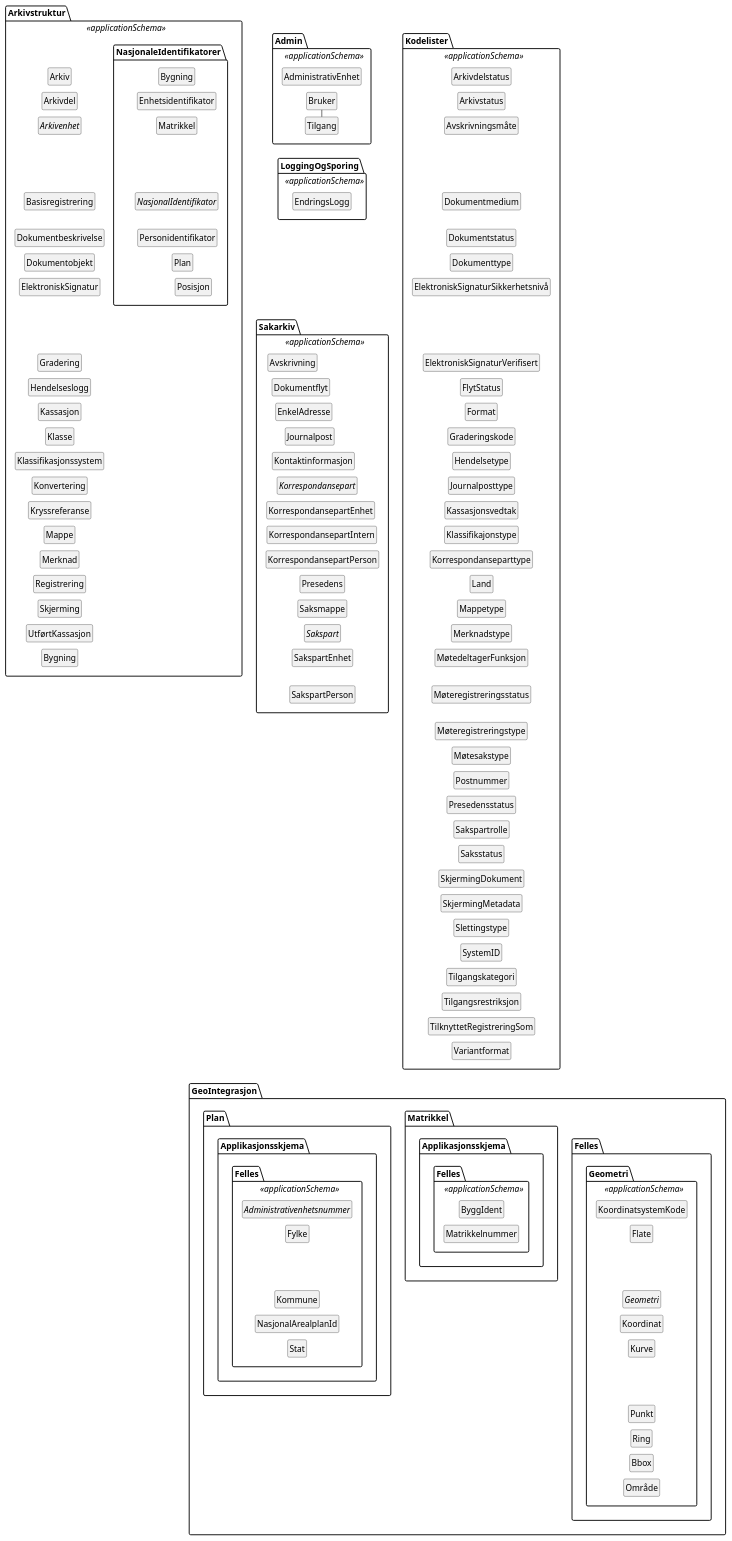
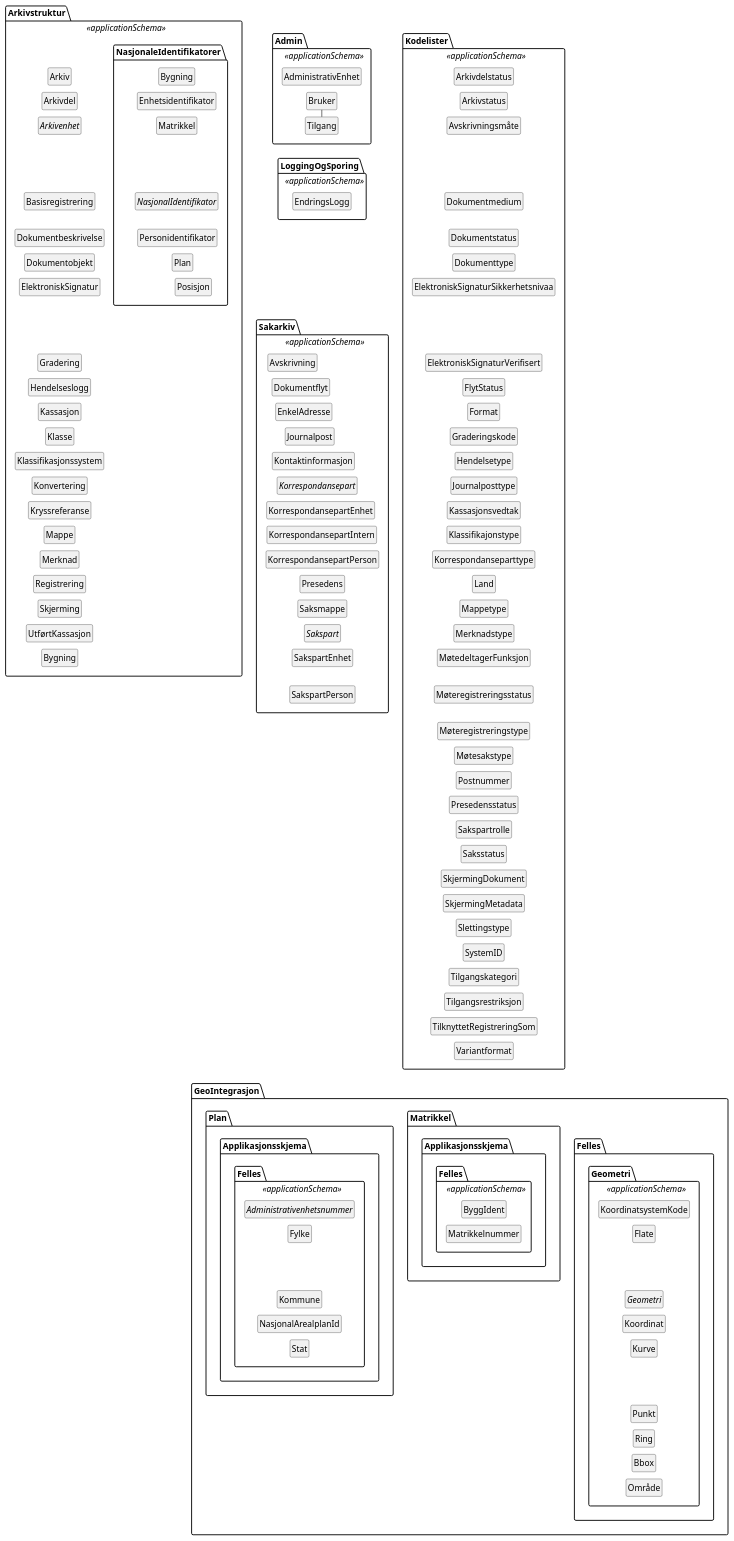
Before and after one commit to arkivverket/noark5-tjenestegrensesnitt-standard: the diagram in kapitler/media/uml-pakker-og-tilhoerende-klasser.puml, drawn with PlantUML. The commit also changed 3 other files, not shown here.

First line of the commit message:
Replace å with aa in [Ee]lektroniskSignaturSikkerhetsnivå.

```diff
--- a/kapitler/media/uml-pakker-og-tilhoerende-klasser.puml
+++ b/kapitler/media/uml-pakker-og-tilhoerende-klasser.puml
@@ -112,7 +112,7 @@
   class Dokumentmedium
   class Dokumentstatus
   class Dokumenttype
-  class ElektroniskSignaturSikkerhetsnivå
+  class ElektroniskSignaturSikkerhetsnivaa
   class ElektroniskSignaturVerifisert
   class FlytStatus
   class Format
@@ -147,8 +147,8 @@
   Avskrivningsmåte -[hidden]- Dokumentmedium
   Dokumentmedium -[hidden]- Dokumentstatus
   Dokumentstatus -[hidden]- Dokumenttype
-  Dokumenttype -[hidden]- ElektroniskSignaturSikkerhetsnivå
-  ElektroniskSignaturSikkerhetsnivå -[hidden]- ElektroniskSignaturVerifisert
+  Dokumenttype -[hidden]- ElektroniskSignaturSikkerhetsnivaa
+  ElektroniskSignaturSikkerhetsnivaa -[hidden]- ElektroniskSignaturVerifisert
   ElektroniskSignaturVerifisert -[hidden]- FlytStatus
   FlytStatus -[hidden]- Format
   Format -[hidden]- Graderingskode
```
